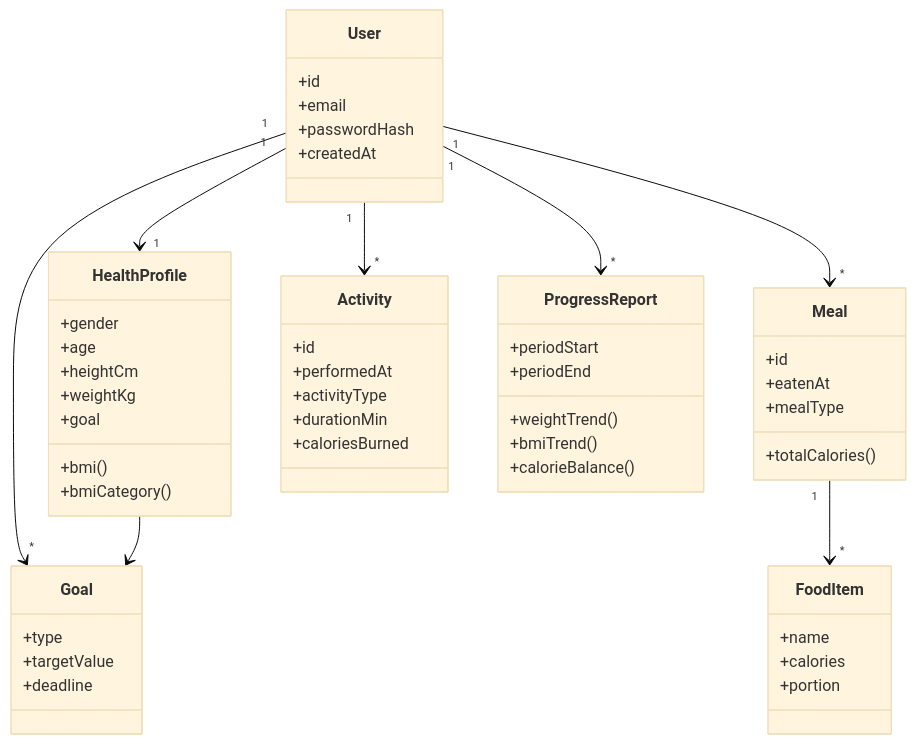
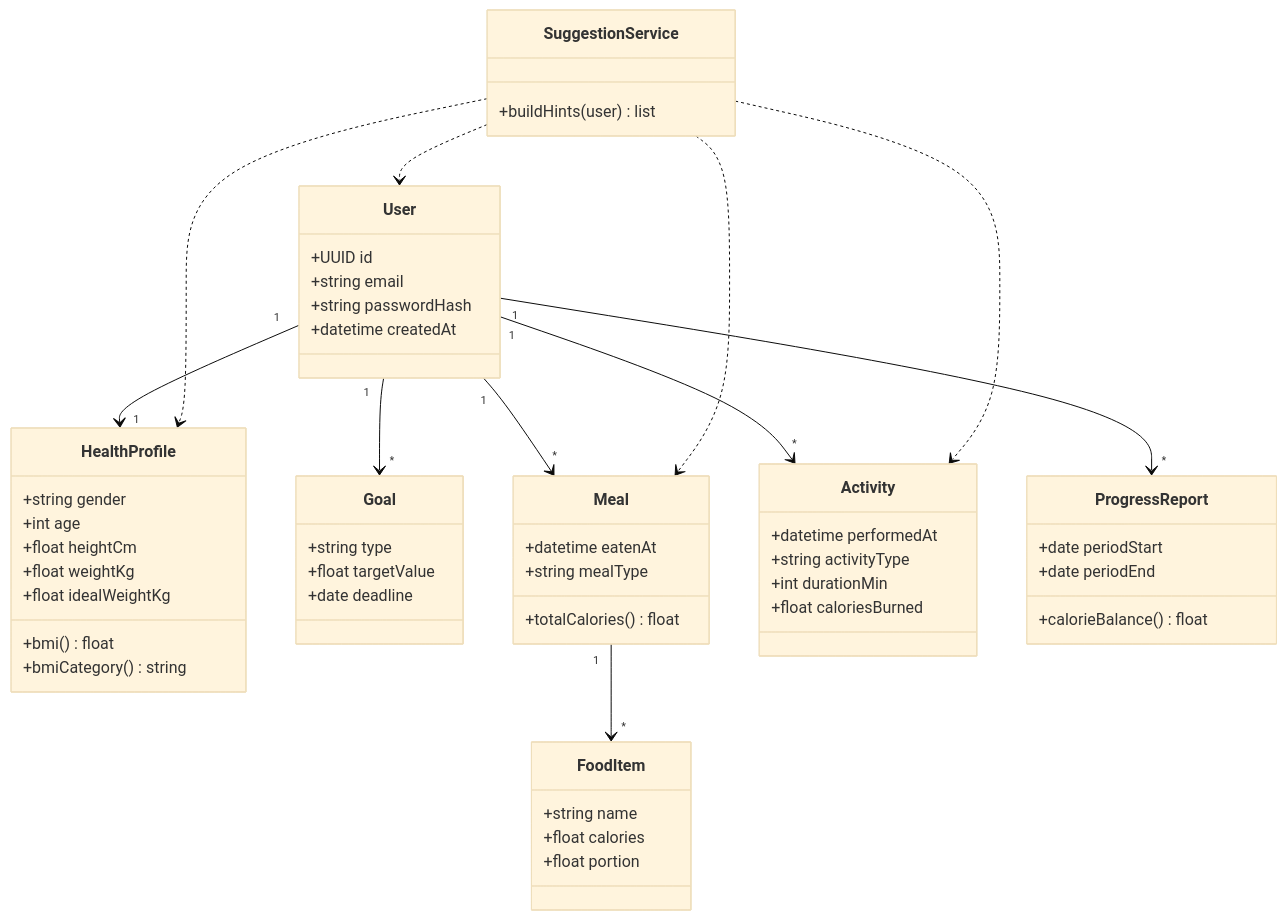
The diagram in docs/architecture/class-domain.md (RtinFp/relapsa), drawn with Mermaid (base theme) before and after one commit. The commit also changed other lines of this file and 4 other files, not shown here.

Commit message:
docs: add domain class diagrams

````diff
--- a/docs/architecture/class-domain.md
+++ b/docs/architecture/class-domain.md
@@ -5,64 +5,67 @@
 ```mermaid
 classDiagram
   direction TB
 
   class User {
-    +id
-    +email
-    +passwordHash
-    +createdAt
+    +UUID id
+    +string email
+    +string passwordHash
+    +datetime createdAt
   }
 
   class HealthProfile {
-    +gender
-    +age
-    +heightCm
-    +weightKg
-    +goal
-    +bmi()
-    +bmiCategory()
+    +string gender
+    +int age
+    +float heightCm
+    +float weightKg
+    +float idealWeightKg
+    +bmi() float
+    +bmiCategory() string
+  }
+
+  class Goal {
+    +string type
+    +float targetValue
+    +date deadline
   }
 
   class Meal {
-    +id
-    +eatenAt
-    +mealType
-    +totalCalories()
+    +datetime eatenAt
+    +string mealType
+    +totalCalories() float
   }
 
   class FoodItem {
-    +name
-    +calories
-    +portion
+    +string name
+    +float calories
+    +float portion
   }
 
   class Activity {
-    +id
-    +performedAt
-    +activityType
-    +durationMin
-    +caloriesBurned
-  }
-
-  class Goal {
-    +type
-    +targetValue
-    +deadline
+    +datetime performedAt
+    +string activityType
+    +int durationMin
+    +float caloriesBurned
   }
 
   class ProgressReport {
-    +periodStart
-    +periodEnd
-    +weightTrend()
-    +bmiTrend()
-    +calorieBalance()
+    +date periodStart
+    +date periodEnd
+    +calorieBalance() float
+  }
+
+  class SuggestionService {
+    +buildHints(user) list
   }
 
   User "1" --> "1" HealthProfile
+  User "1" --> "*" Goal
   User "1" --> "*" Meal
   User "1" --> "*" Activity
-  User "1" --> "*" Goal
   Meal "1" --> "*" FoodItem
   User "1" --> "*" ProgressReport
-  HealthProfile --> Goal
+  SuggestionService ..> User
+  SuggestionService ..> HealthProfile
+  SuggestionService ..> Meal
+  SuggestionService ..> Activity
 ```
````
